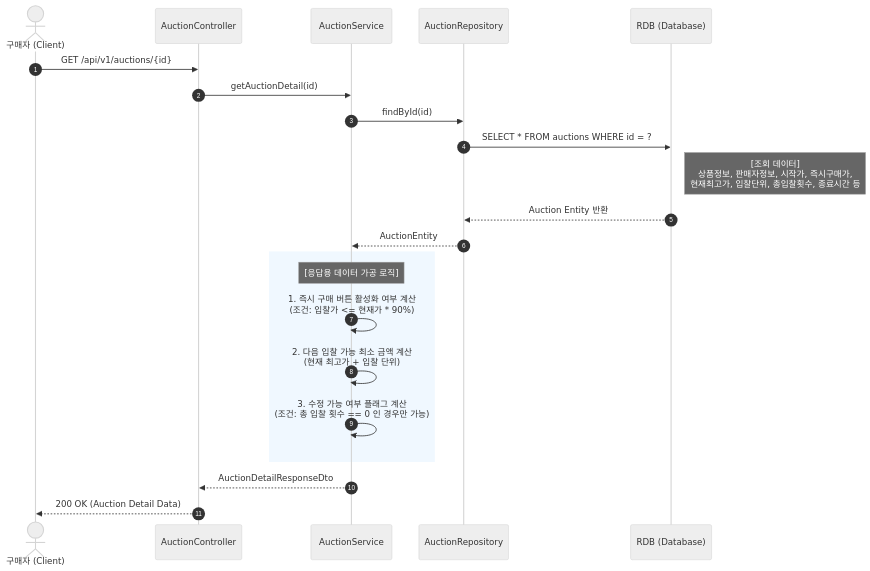
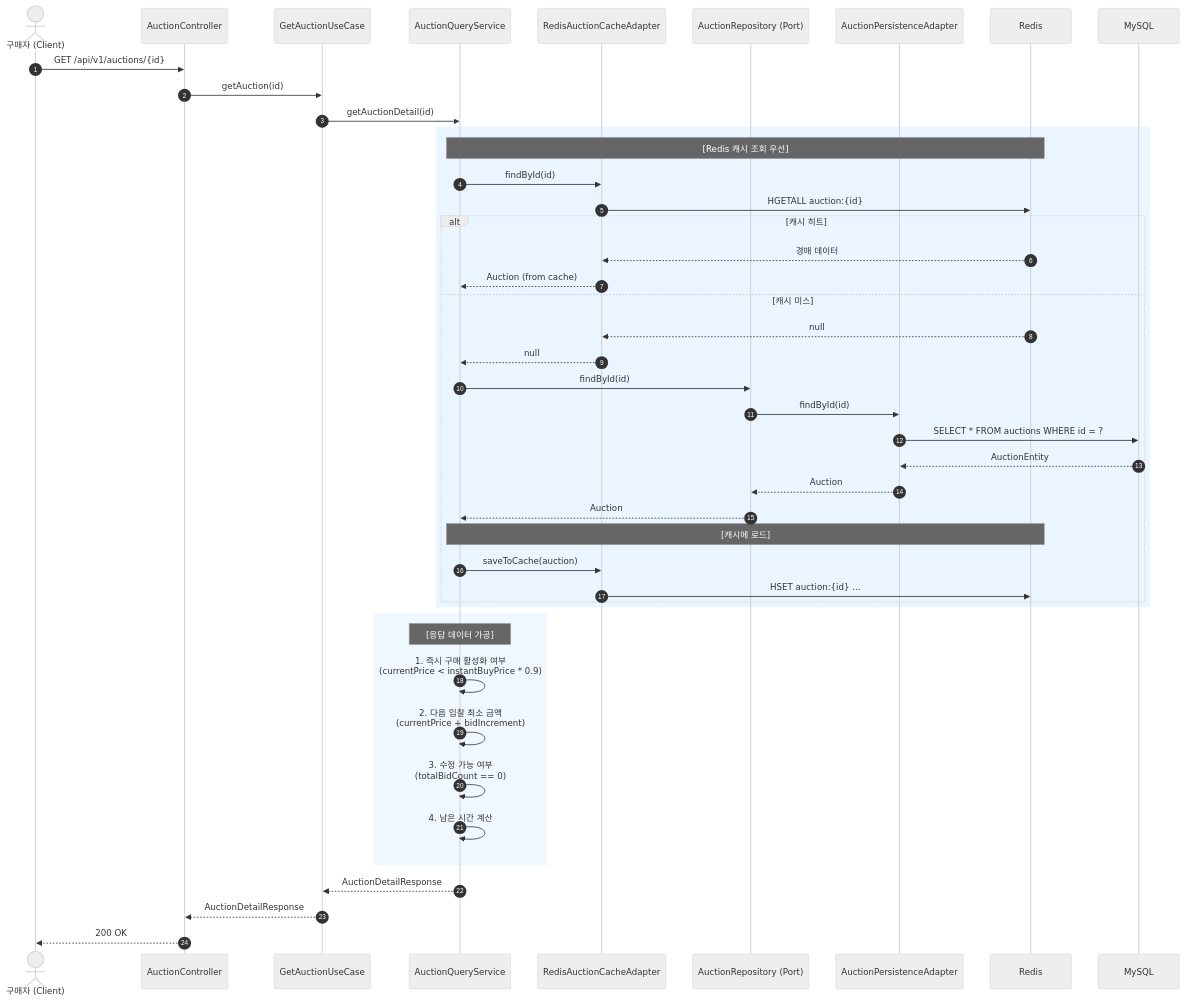
The diagram in docs/feature/auction/경매조회.mmd (ahn-h-j/Fairbid), drawn with Mermaid (neutral theme) before and after one commit. The commit also changed 12 other files, not shown here.

First line of the commit message:
docs(docs): Trade 전환 관련 기능 명세 및 시퀀스 다이어그램 업데이트

```diff
--- a/docs/feature/auction/경매조회.mmd
+++ b/docs/feature/auction/경매조회.mmd
@@ -1,26 +1,51 @@
 sequenceDiagram
-    autonumber
-    actor Buyer as 구매자 (Client)
-    participant Ctrl as AuctionController
-    participant Svc as AuctionService
-    participant Repo as AuctionRepository
-    participant RDB as RDB (Database)
+autonumber
+actor Buyer as 구매자 (Client)
+participant Ctrl as AuctionController
+participant UC as GetAuctionUseCase
+participant Svc as AuctionQueryService
+participant Cache as RedisAuctionCacheAdapter
+participant Port as AuctionRepository (Port)
+participant Adapter as AuctionPersistenceAdapter
+participant Redis as Redis
+participant RDB as MySQL
 
     Buyer->>Ctrl: GET /api/v1/auctions/{id}
-    Ctrl->>Svc: getAuctionDetail(id)
-    
-    Svc->>Repo: findById(id)
-    Repo->>RDB: SELECT * FROM auctions WHERE id = ?
-    Note right of RDB: [조회 데이터]<br/>상품정보, 판매자정보, 시작가, 즉시구매가,<br/>현재최고가, 입찰단위, 총입찰횟수, 종료시간 등
-    RDB-->>Repo: Auction Entity 반환
-    Repo-->>Svc: AuctionEntity
+    Ctrl->>UC: getAuction(id)
+    UC->>Svc: getAuctionDetail(id)
+
+    rect rgb(235, 245, 255)
+        Note over Svc, Redis: [Redis 캐시 조회 우선]
+        Svc->>Cache: findById(id)
+        Cache->>Redis: HGETALL auction:{id}
+
+        alt 캐시 히트
+            Redis-->>Cache: 경매 데이터
+            Cache-->>Svc: Auction (from cache)
+        else 캐시 미스
+            Redis-->>Cache: null
+            Cache-->>Svc: null
+            Svc->>Port: findById(id)
+            Port->>Adapter: findById(id)
+            Adapter->>RDB: SELECT * FROM auctions WHERE id = ?
+            RDB-->>Adapter: AuctionEntity
+            Adapter-->>Port: Auction
+            Port-->>Svc: Auction
+
+            Note over Svc, Redis: [캐시에 로드]
+            Svc->>Cache: saveToCache(auction)
+            Cache->>Redis: HSET auction:{id} ...
+        end
+    end
 
     rect rgb(240, 248, 255)
-        Note over Svc: [응답용 데이터 가공 로직]
-        Svc->>Svc: 1. 즉시 구매 버튼 활성화 여부 계산<br/>(조건: 입찰가 <= 현재가 * 90%)
-        Svc->>Svc: 2. 다음 입찰 가능 최소 금액 계산<br/>(현재 최고가 + 입찰 단위)
-        Svc->>Svc: 3. 수정 가능 여부 플래그 계산<br/>(조건: 총 입찰 횟수 == 0 인 경우만 가능)
+        Note over Svc: [응답 데이터 가공]
+        Svc->>Svc: 1. 즉시 구매 활성화 여부<br/>(currentPrice < instantBuyPrice * 0.9)
+        Svc->>Svc: 2. 다음 입찰 최소 금액<br/>(currentPrice + bidIncrement)
+        Svc->>Svc: 3. 수정 가능 여부<br/>(totalBidCount == 0)
+        Svc->>Svc: 4. 남은 시간 계산
     end
 
-    Svc-->>Ctrl: AuctionDetailResponseDto
-    Ctrl-->>Buyer: 200 OK (Auction Detail Data)
+    Svc-->>UC: AuctionDetailResponse
+    UC-->>Ctrl: AuctionDetailResponse
+    Ctrl-->>Buyer: 200 OK
```
